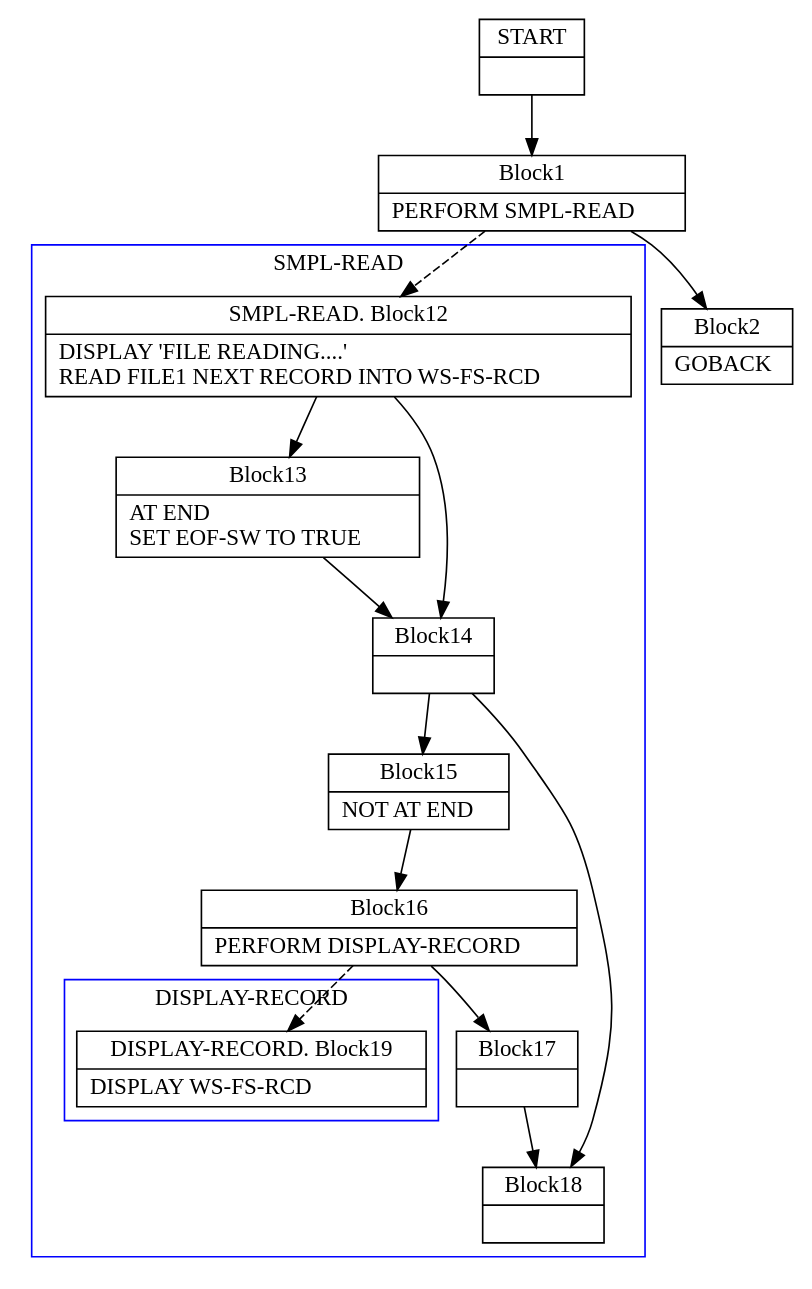
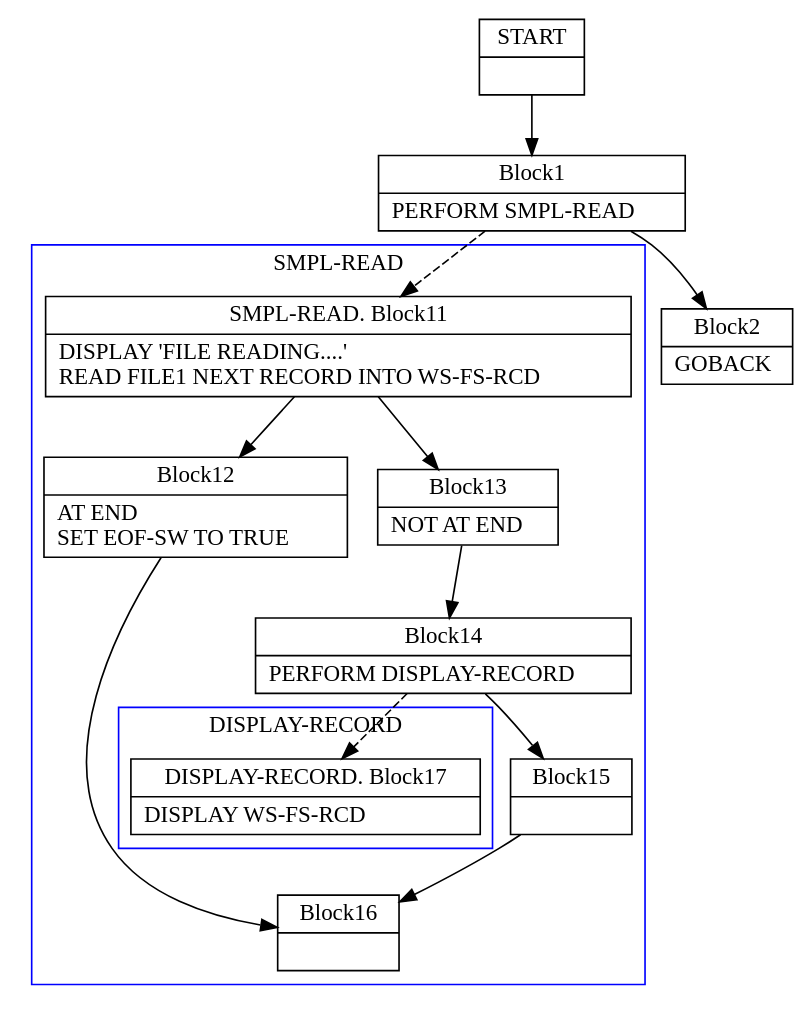
Before and after one commit to TypeCobolTeam/TypeCobol: the diagram in TypeCobol.Analysis.Test/BasicCfgInstrs/Read0.dot, drawn with Graphviz. The commit also changed 5 other files, not shown here.

```diff
--- a/TypeCobol.Analysis.Test/BasicCfgInstrs/Read0.dot
+++ b/TypeCobol.Analysis.Test/BasicCfgInstrs/Read0.dot
@@ -1,68 +1,63 @@
 digraph Cfg {
 compound=true;
 node [
 shape = "record"
 ]
 
 edge [
 arrowtail = "empty"
 ]
 Block0 [
 label = "{START|}"
 ]
 Block1 [
 label = "{Block1|    PERFORM SMPL-READ\l}"
 ]
 subgraph cluster_1{
 color = blue;
 label = "SMPL-READ";
+Block11 [
+label = "{SMPL-READ. Block11|    DISPLAY 'FILE READING....'\l    READ FILE1 NEXT RECORD                 INTO WS-FS-RCD\l}"
+]
 Block12 [
-label = "{SMPL-READ. Block12|    DISPLAY 'FILE READING....'\l    READ FILE1 NEXT RECORD                 INTO WS-FS-RCD\l}"
+label = "{Block12|    AT END\l      SET EOF-SW         TO TRUE\l}"
+]
+Block16 [
+label = "{Block16|}"
 ]
 Block13 [
-label = "{Block13|    AT END\l      SET EOF-SW         TO TRUE\l}"
+label = "{Block13|    NOT AT END\l}"
 ]
 Block14 [
-label = "{Block14|}"
-]
-Block15 [
-label = "{Block15|    NOT AT END\l}"
-]
-Block16 [
-label = "{Block16|      PERFORM DISPLAY-RECORD\l}"
+label = "{Block14|      PERFORM DISPLAY-RECORD\l}"
 ]
 subgraph cluster_2{
 color = blue;
 label = "DISPLAY-RECORD";
-Block19 [
-label = "{DISPLAY-RECORD. Block19|    DISPLAY WS-FS-RCD\l}"
+Block17 [
+label = "{DISPLAY-RECORD. Block17|    DISPLAY WS-FS-RCD\l}"
 ]
 
 }
-Block16 -> Block19 [style=dashed]
+Block14 -> Block17 [style=dashed]
 
-Block17 [
-label = "{Block17|}"
+Block15 [
+label = "{Block15|}"
 ]
-Block18 [
-label = "{Block18|}"
-]
-Block12 -> Block13
-Block12 -> Block14
+Block11 -> Block12
+Block11 -> Block13
+Block12 -> Block16
 Block13 -> Block14
 Block14 -> Block15
-Block14 -> Block18
 Block15 -> Block16
-Block16 -> Block17
-Block17 -> Block18
 
 }
-Block1 -> Block12 [style=dashed]
+Block1 -> Block11 [style=dashed]
 
 Block2 [
 label = "{Block2|    GOBACK\l}"
 ]
 Block0 -> Block1
 Block1 -> Block2
 
 }
```
